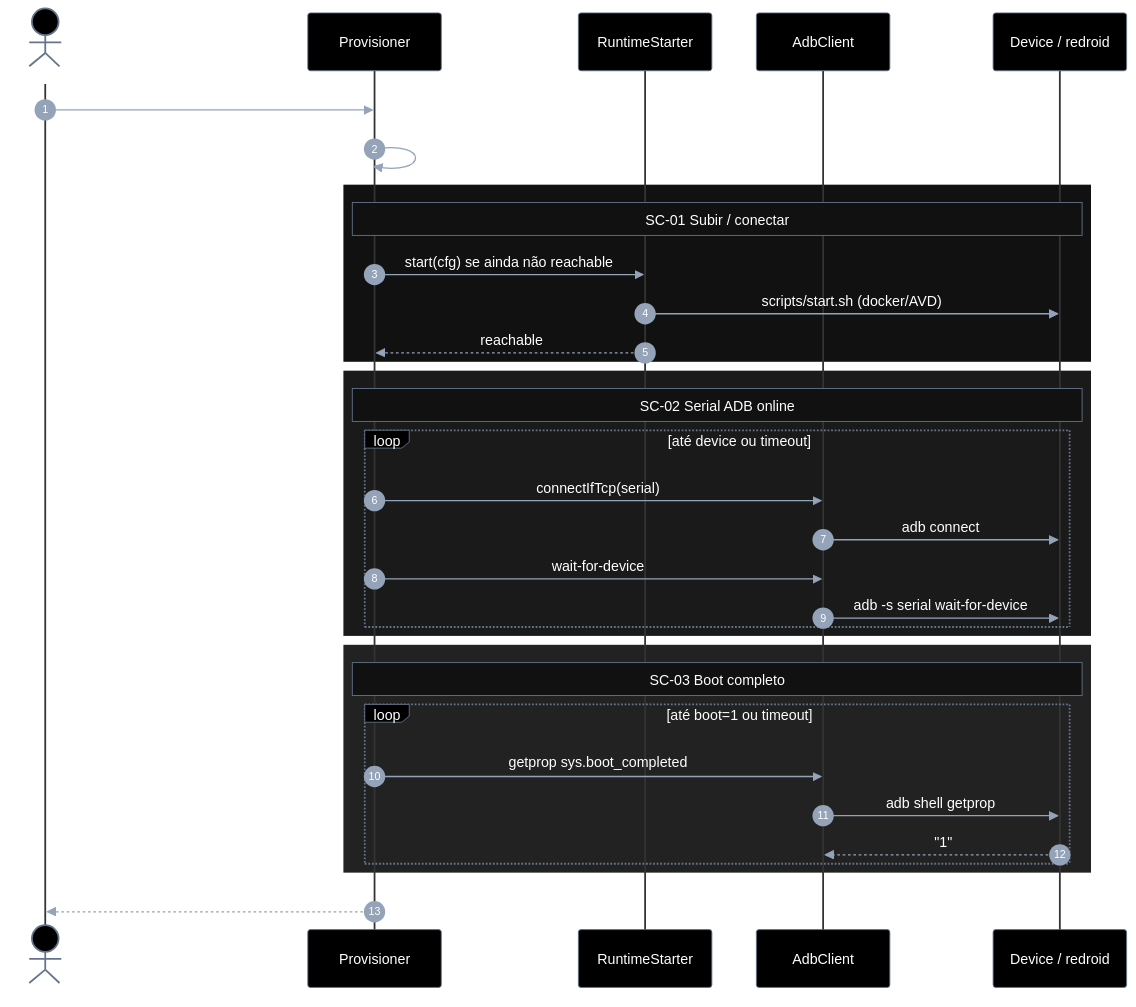
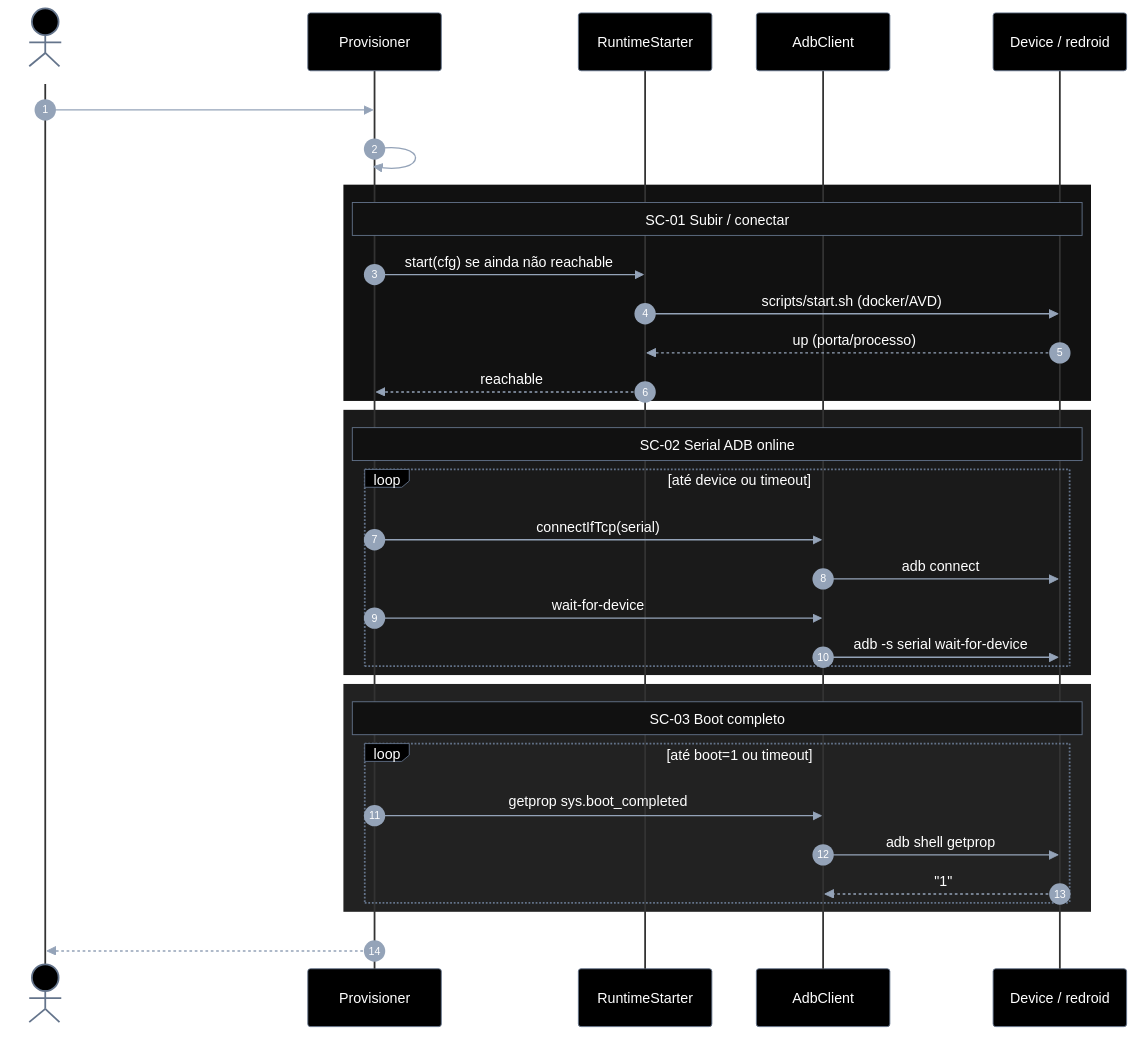
The first of 5 diagrams in connectmax/screen-robot/epics/EP-01-provisionar-agente/5.implementation-plan.md (laerciogermano/workstation), drawn with Mermaid before and after one commit. The commit also changed other lines of this file, not shown here.

Commit message:
Inclui retorno do start.sh no diagrama US-01 do EP-01.

````diff
--- a/connectmax/screen-robot/epics/EP-01-provisionar-agente/5.implementation-plan.md
+++ b/connectmax/screen-robot/epics/EP-01-provisionar-agente/5.implementation-plan.md
@@ -30,81 +30,82 @@
 ```mermaid
 ---
 config:
   theme: base
   themeVariables:
     darkMode: true
     background: '#000000'
     primaryColor: '#000000'
     primaryTextColor: '#ffffff'
     primaryBorderColor: '#64748b'
     secondaryColor: '#000000'
     secondaryTextColor: '#ffffff'
     secondaryBorderColor: '#64748b'
     tertiaryColor: '#000000'
     tertiaryTextColor: '#ffffff'
     tertiaryBorderColor: '#64748b'
     lineColor: '#64748b'
     textColor: '#ffffff'
     mainBkg: '#000000'
     nodeBorder: '#64748b'
     clusterBkg: '#000000'
     clusterBorder: '#333333'
     titleColor: '#ffffff'
     edgeLabelBackground: '#000000'
     actorBkg: '#000000'
     actorBorder: '#64748b'
     actorTextColor: '#ffffff'
     actorLineColor: '#333333'
     signalColor: '#94a3b8'
     signalTextColor: '#ffffff'
     labelBoxBkgColor: '#000000'
     labelBoxBorderColor: '#64748b'
     labelTextColor: '#ffffff'
     loopTextColor: '#ffffff'
     noteBorderColor: '#64748b'
     noteBkgColor: '#111111'
     noteTextColor: '#ffffff'
     activationBorderColor: '#64748b'
     activationBkgColor: '#1a1a1a'
     sequenceNumberColor: '#ffffff'
     classText: '#ffffff'
 ---
 sequenceDiagram
   autonumber
   actor Dev as Caller / CLI
   participant P as Provisioner
   participant R as RuntimeStarter
   participant A as AdbClient
   participant D as Device / redroid
 
   Dev->>P: provisionAgent(cfg)
   P->>P: resolve serial, timeout, kind
 
   rect rgb(17,17,17)
     note over P,D: SC-01 Subir / conectar
     P->>R: start(cfg) se ainda não reachable
     R->>D: scripts/start.sh (docker/AVD)
+    D-->>R: up (porta/processo)
     R-->>P: reachable
   end
 
   rect rgb(26,26,26)
     note over P,D: SC-02 Serial ADB online
     loop até device ou timeout
       P->>A: connectIfTcp(serial)
       A->>D: adb connect
       P->>A: wait-for-device
       A->>D: adb -s serial wait-for-device
     end
   end
 
   rect rgb(34,34,34)
     note over P,D: SC-03 Boot completo
     loop até boot=1 ou timeout
       P->>A: getprop sys.boot_completed
       A->>D: adb shell getprop
       D-->>A: "1"
     end
   end
 
   P-->>Dev: AgentHandle { serial, kind, provisionedAt }
 ```
````
